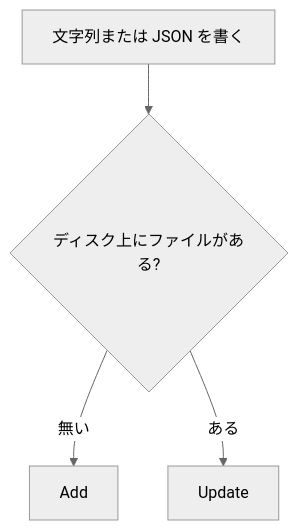
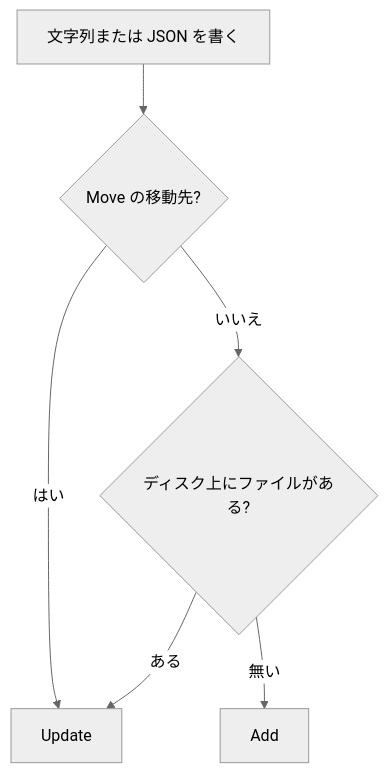
The fifth of 15 diagrams in README.md (YUKIKEDA/Txfio), drawn with Mermaid (neutral theme) before and after one commit. The commit also changed other lines of this file and 6 other files, not shown here.

Commit message:
fix(txfio): Move の移動先への文字列と JSON の書き込みは Update にする (#144)

````diff
--- a/README.md
+++ b/README.md
@@ -226,6 +226,8 @@
 ```mermaid
 flowchart TD
-  write["文字列または JSON を書く"] --> exists{"ディスク上にファイルがある?"}
+  write["文字列または JSON を書く"] --> moved{"Move の移動先?"}
+  moved -->|はい| upd["Update"]
+  moved -->|いいえ| exists{"ディスク上にファイルがある?"}
   exists -->|無い| add["Add"]
-  exists -->|ある| upd["Update"]
+  exists -->|ある| upd
 ```
````
